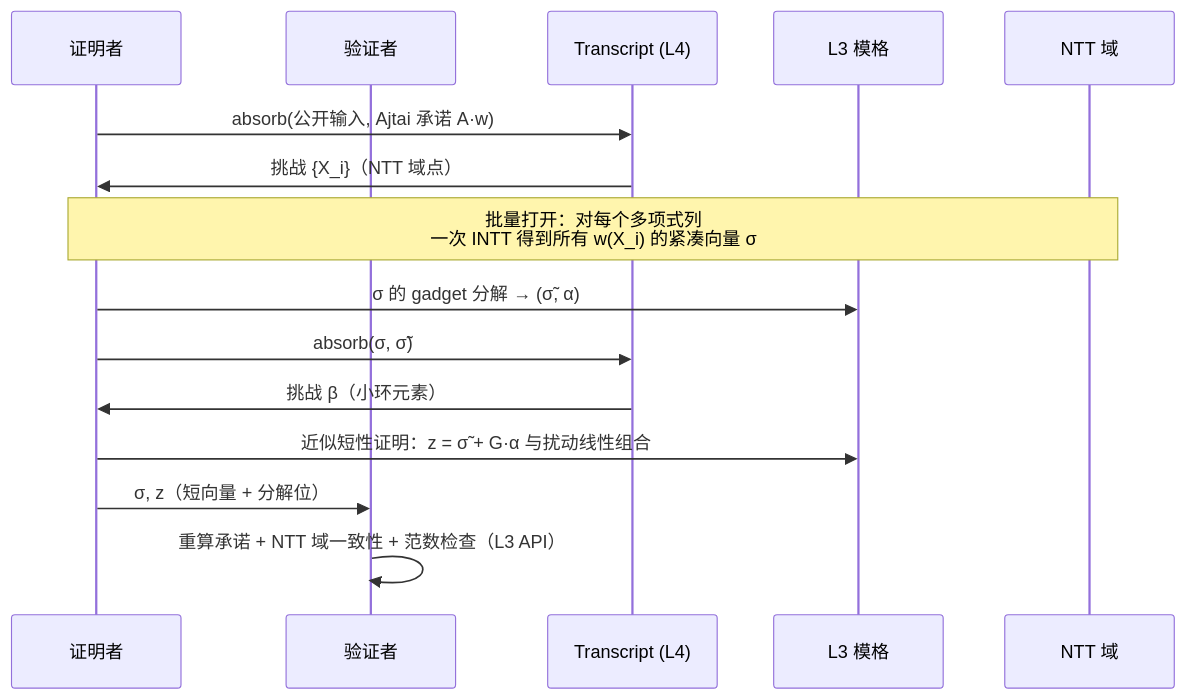
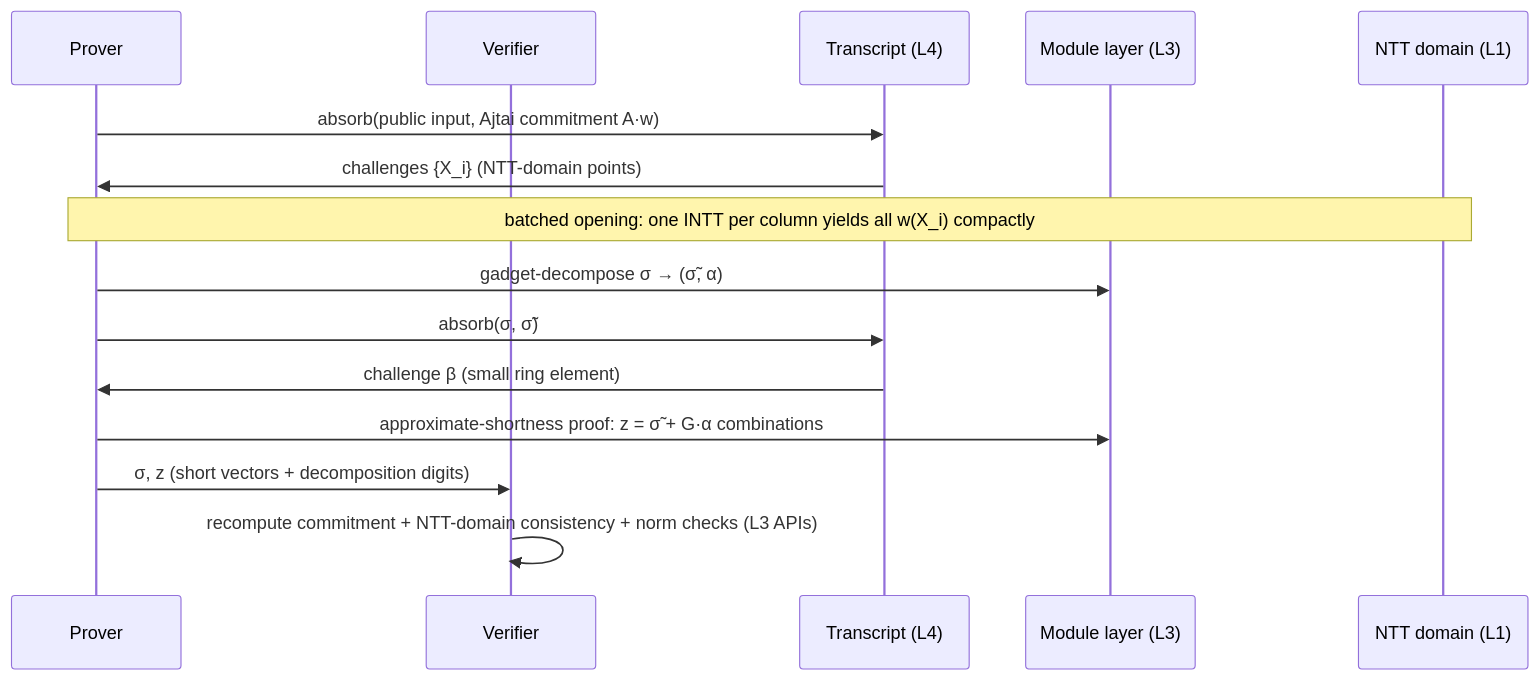
The second of 2 diagrams in docs/src/pages/schemes/zk-snark.mdx (SuccinctPaul/lattice-algebra-rs), drawn with Mermaid before and after one commit. The commit also changed other lines of this file and 54 other files, not shown here.

````diff
--- a/docs/src/pages/schemes/zk-snark.mdx
+++ b/docs/src/pages/schemes/zk-snark.mdx
@@ -58,18 +58,18 @@
 ```mermaid
 sequenceDiagram
-    participant P as 证明者
-    participant V as 验证者
+    participant P as Prover
+    participant V as Verifier
     participant TR as Transcript (L4)
-    participant L3 as L3 模格
-    participant L1 as NTT 域
+    participant L3 as Module layer (L3)
+    participant L1 as NTT domain (L1)
 
-    P->>TR: absorb(公开输入, Ajtai 承诺 A·w)
-    TR->>P: 挑战 {X_i}（NTT 域点）
-    Note over P,L1: 批量打开：对每个多项式列<br/>一次 INTT 得到所有 w(X_i) 的紧凑向量 σ
-    P->>L3: σ 的 gadget 分解 → (σ̃, α)
+    P->>TR: absorb(public input, Ajtai commitment A·w)
+    TR->>P: challenges {X_i} (NTT-domain points)
+    Note over P,L1: batched opening: one INTT per column yields all w(X_i) compactly
+    P->>L3: gadget-decompose σ → (σ̃, α)
     P->>TR: absorb(σ, σ̃)
-    TR->>P: 挑战 β（小环元素）
-    P->>L3: 近似短性证明：z = σ̃ + G·α 与扰动线性组合
-    P->>V: σ, z（短向量 + 分解位）
-    V->>V: 重算承诺 + NTT 域一致性 + 范数检查（L3 API）
+    TR->>P: challenge β (small ring element)
+    P->>L3: approximate-shortness proof: z = σ̃ + G·α combinations
+    P->>V: σ, z (short vectors + decomposition digits)
+    V->>V: recompute commitment + NTT-domain consistency + norm checks (L3 APIs)
 ```
````
